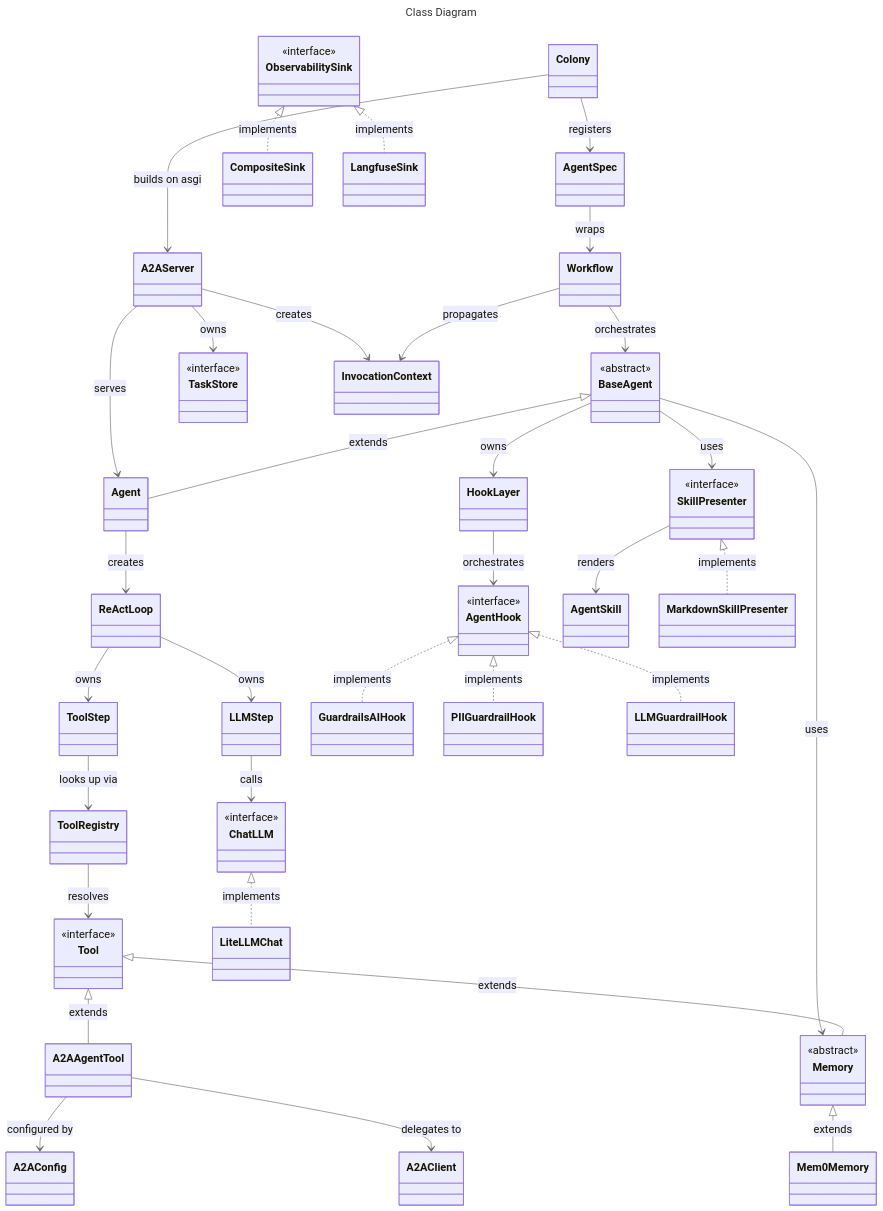
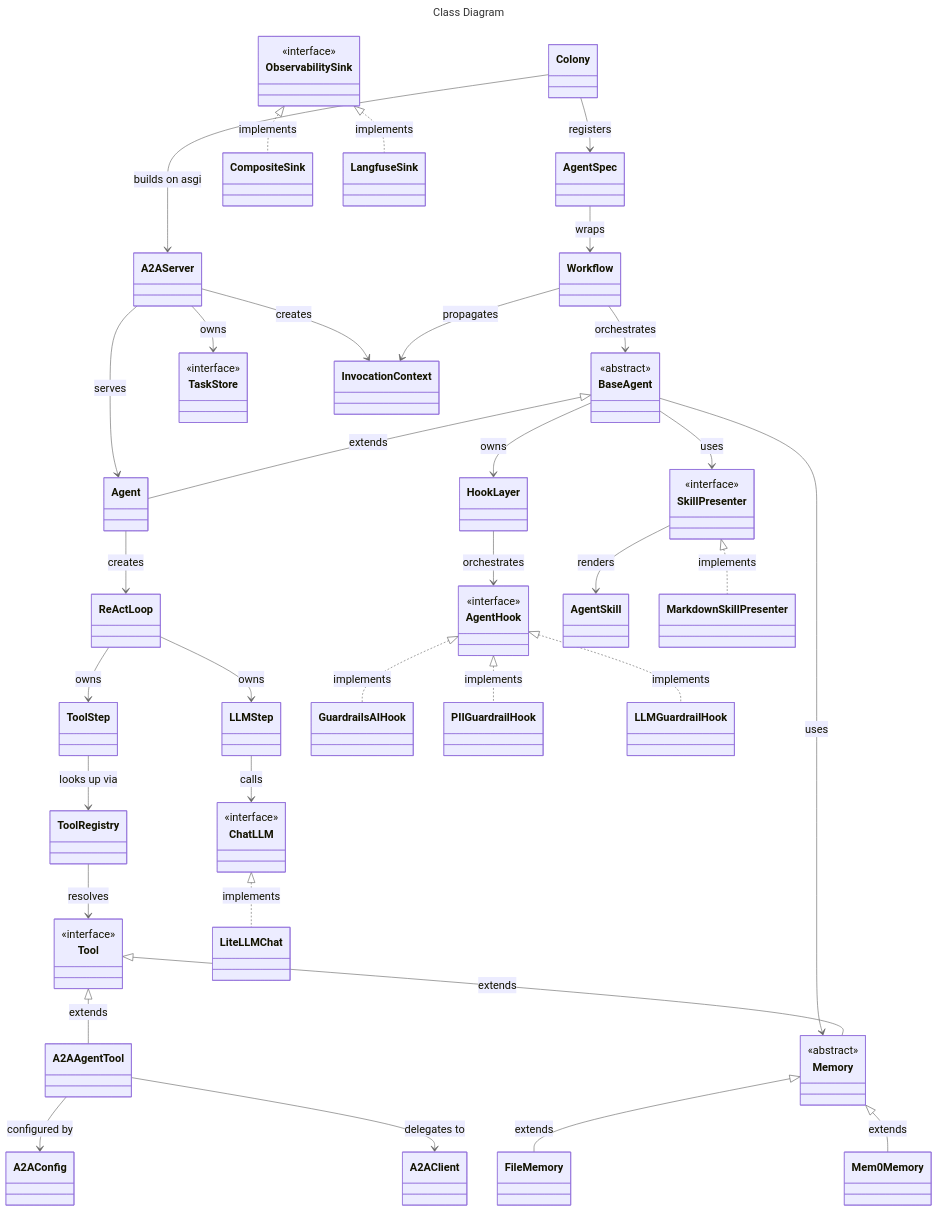
One commit to idea-idsia/ant-ai changed the diagram in docs/docs/architecture/class-diagram.mmd. Above: the diagram before and after it, drawn with Mermaid. The commit also changed 6 other files, not shown here.

```diff
--- a/docs/docs/architecture/class-diagram.mmd
+++ b/docs/docs/architecture/class-diagram.mmd
@@ -1,58 +1,59 @@
 ---
 title: Class Diagram
 config:
   themeVariables:
     background: '#ffffff'
     primaryColor: '#E9E1FF'
     primaryTextColor: '#222222'
     primaryBorderColor: '#8B6DFF'
     lineColor: '#666666'
     secondaryColor: '#F5F2FF'
     tertiaryColor: '#FBFAFF'
     clusterBkg: '#F3F3F3'
     clusterBorder: '#CFCFCF'
     fontSize: '18px'
 ---
 classDiagram
     direction TB
     class BaseAgent { <<abstract>> }
     class ChatLLM { <<interface>> }
     class Tool { <<interface>> }
     class Memory { <<abstract>> }
     class AgentHook { <<interface>> }
     class SkillPresenter { <<interface>> }
     class ObservabilitySink { <<interface>> }
     class TaskStore { <<interface>> }
     class InvocationContext
     A2AServer --> InvocationContext : creates
     Workflow --> InvocationContext : propagates
     Colony --> AgentSpec : registers
     Colony --> A2AServer : builds on asgi
     AgentSpec --> Workflow : wraps
     A2AServer --> TaskStore : owns
     A2AServer --> Agent : serves
     Workflow --> BaseAgent : orchestrates
     BaseAgent <|-- Agent : extends
     BaseAgent --> HookLayer : owns
     BaseAgent --> Memory : uses
     BaseAgent --> SkillPresenter : uses
     Agent --> ReActLoop : creates
     ReActLoop --> LLMStep : owns
     ReActLoop --> ToolStep : owns
     LLMStep --> ChatLLM : calls
     ToolStep --> ToolRegistry : looks up via
     ToolRegistry --> Tool : resolves
     Tool <|-- Memory : extends
     HookLayer --> AgentHook : orchestrates
     AgentHook <|.. GuardrailsAIHook : implements
     AgentHook <|.. PIIGuardrailHook : implements
     AgentHook <|.. LLMGuardrailHook : implements
     SkillPresenter --> AgentSkill : renders
     SkillPresenter <|.. MarkdownSkillPresenter : implements
     Tool <|-- A2AAgentTool : extends
     A2AAgentTool --> A2AClient : delegates to
     A2AAgentTool --> A2AConfig : configured by
     ChatLLM <|.. LiteLLMChat : implements
     Memory <|-- Mem0Memory : extends
+    Memory <|-- FileMemory : extends
     ObservabilitySink <|.. CompositeSink : implements
     ObservabilitySink <|.. LangfuseSink : implements
```
